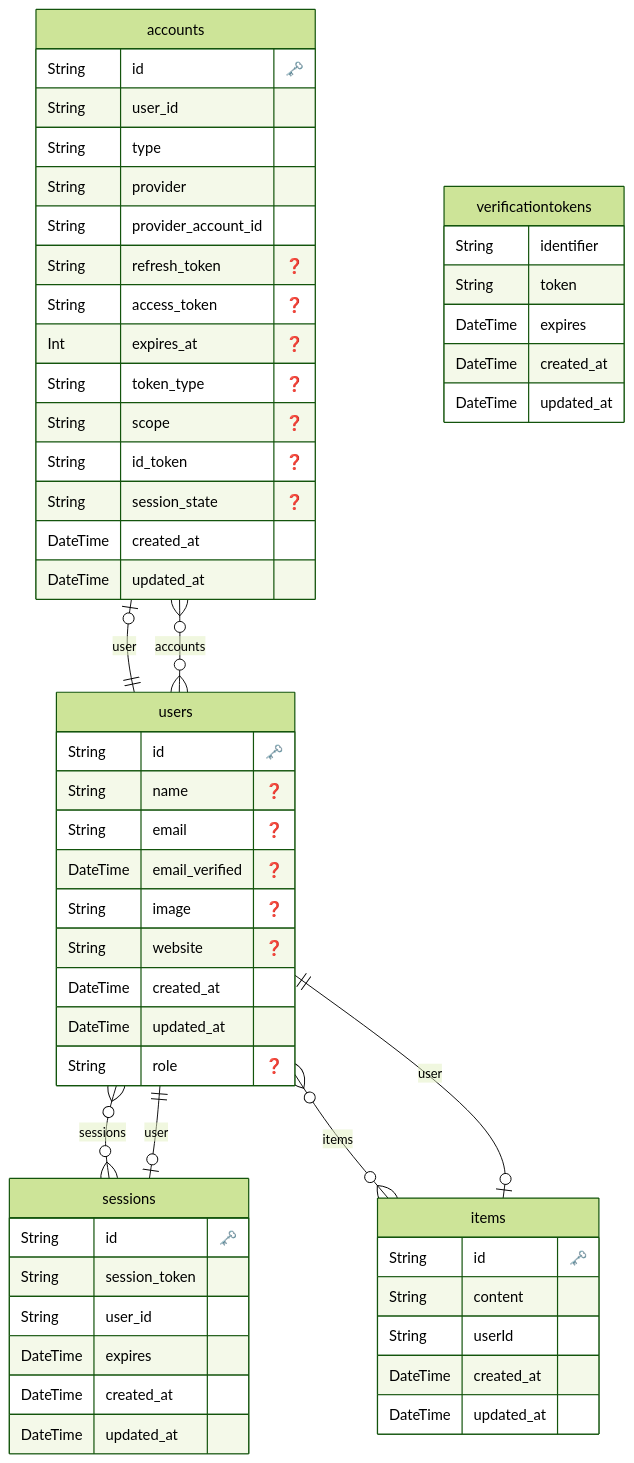
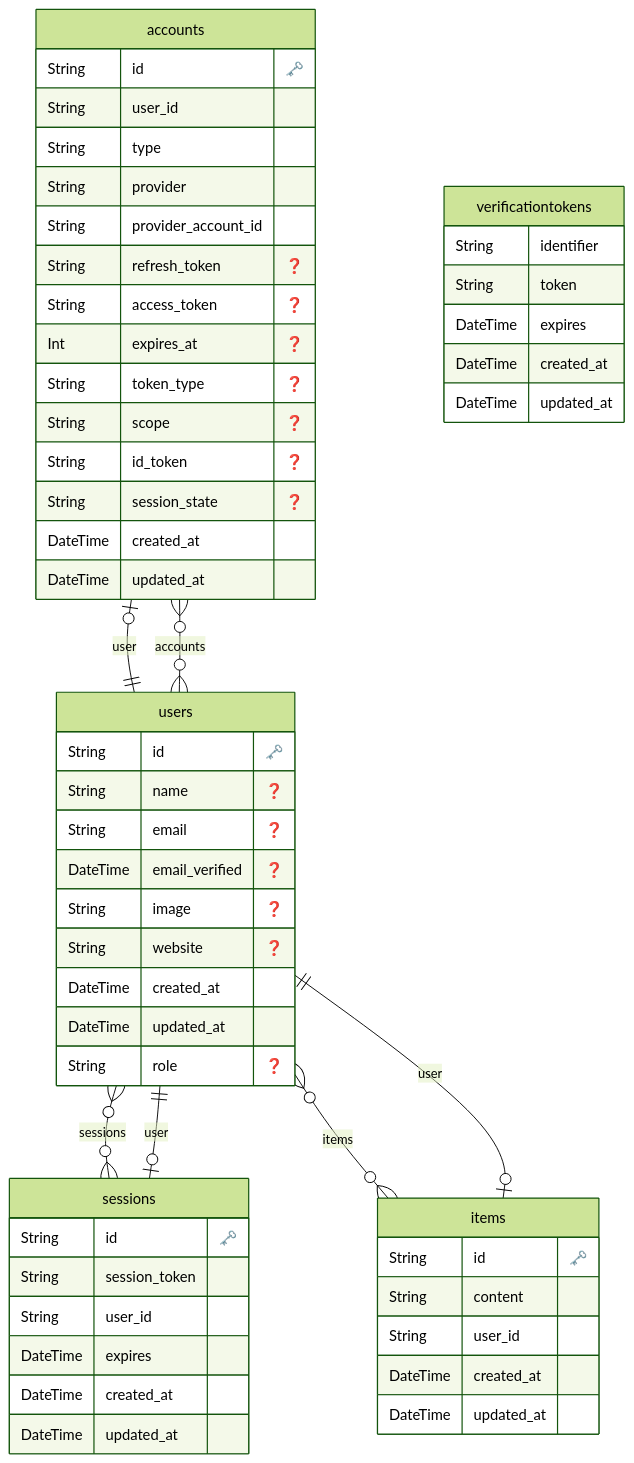
One commit to hiroppy/web-app-template changed the diagram in prisma/ERD.md. Above: the diagram before and after it, drawn with Mermaid (forest theme). The commit also changed 7 other files, not shown here.

````diff
--- a/prisma/ERD.md
+++ b/prisma/ERD.md
@@ -1,68 +1,68 @@
 ```mermaid
 erDiagram
 
   "accounts" {
     String id "🗝️"
     String user_id
     String type
     String provider
     String provider_account_id
     String refresh_token "❓"
     String access_token "❓"
     Int expires_at "❓"
     String token_type "❓"
     String scope "❓"
     String id_token "❓"
     String session_state "❓"
     DateTime created_at
     DateTime updated_at
     }
 
 
   "sessions" {
     String id "🗝️"
     String session_token
     String user_id
     DateTime expires
     DateTime created_at
     DateTime updated_at
     }
 
 
   "users" {
     String id "🗝️"
     String name "❓"
     String email "❓"
     DateTime email_verified "❓"
     String image "❓"
     String website "❓"
     DateTime created_at
     DateTime updated_at
     String role "❓"
     }
 
 
   "verificationtokens" {
     String identifier
     String token
     DateTime expires
     DateTime created_at
     DateTime updated_at
     }
 
 
   "items" {
     String id "🗝️"
     String content
-    String userId
+    String user_id
     DateTime created_at
     DateTime updated_at
     }
 
     "accounts" o|--|| "users" : "user"
     "sessions" o|--|| "users" : "user"
     "users" o{--}o "accounts" : "accounts"
     "users" o{--}o "sessions" : "sessions"
     "users" o{--}o "items" : "items"
     "items" o|--|| "users" : "user"
 ```
````
